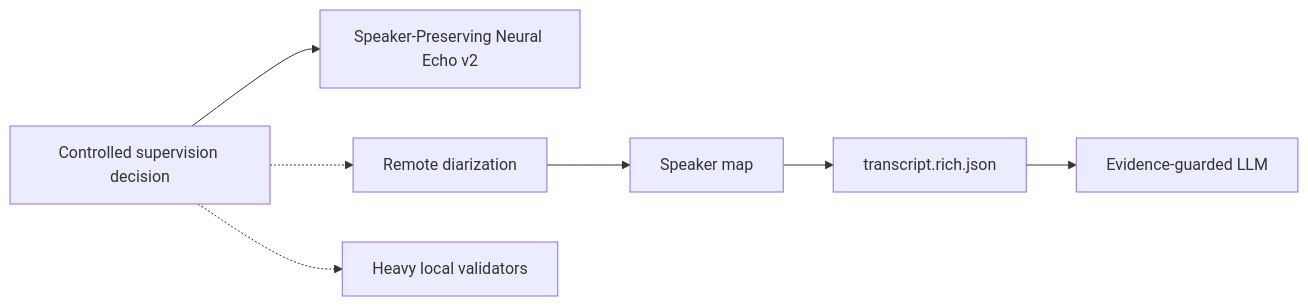
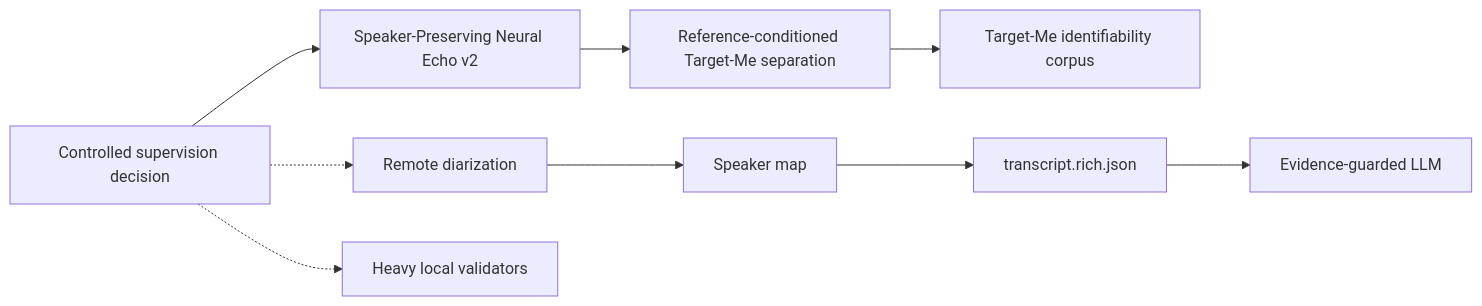
The third of 4 diagrams in docs/roadmap/murmurmark-cli-roadmap.md (asukhodko/murmurmark), drawn with Mermaid before and after one commit. The commit also changed other lines of this file and 31 other files, not shown here.

Commit message:
feat: evaluate target-me separation and bound resource use

````diff
--- a/docs/roadmap/murmurmark-cli-roadmap.md
+++ b/docs/roadmap/murmurmark-cli-roadmap.md
@@ -214,14 +222,16 @@
 ```mermaid
 flowchart LR
     Q["Controlled supervision decision"]
     E["Speaker-Preserving Neural Echo v2"]
+    X["Reference-conditioned Target-Me separation"]
+    I["Target-Me identifiability corpus"]
     D["Remote diarization"]
     S["Speaker map"]
     T["transcript.rich.json"]
     V["Heavy local validators"]
     L["Evidence-guarded LLM"]
 
-    Q --> E
+    Q --> E --> X --> I
     Q -.-> D --> S --> T --> L
     Q -.-> V
 ```
````
